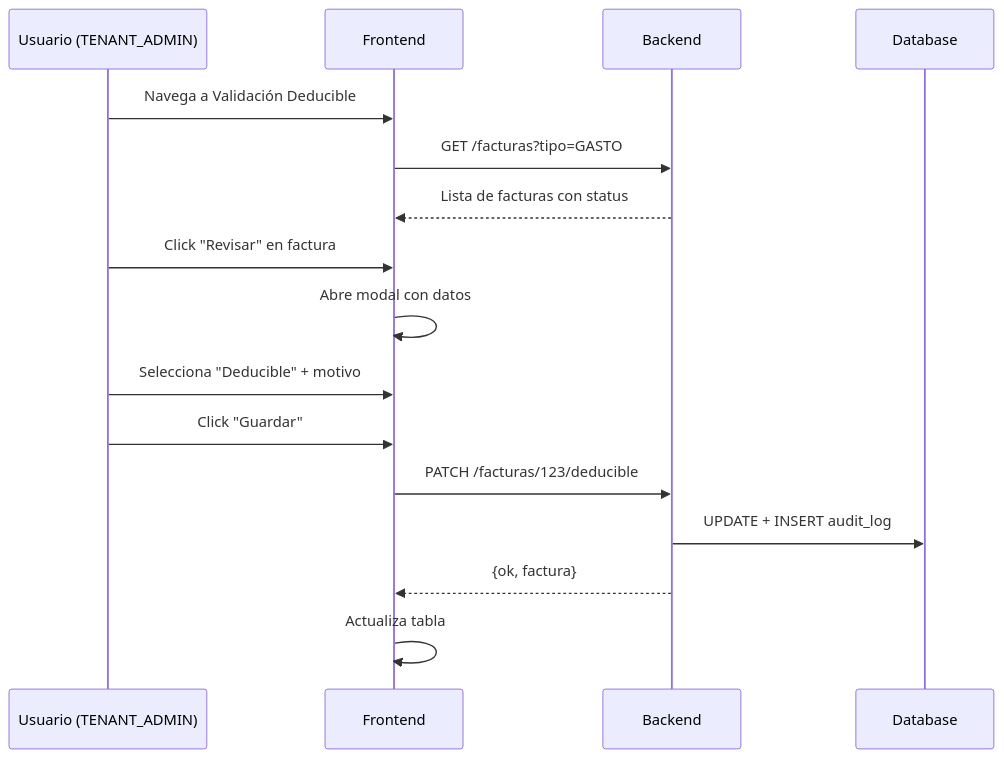
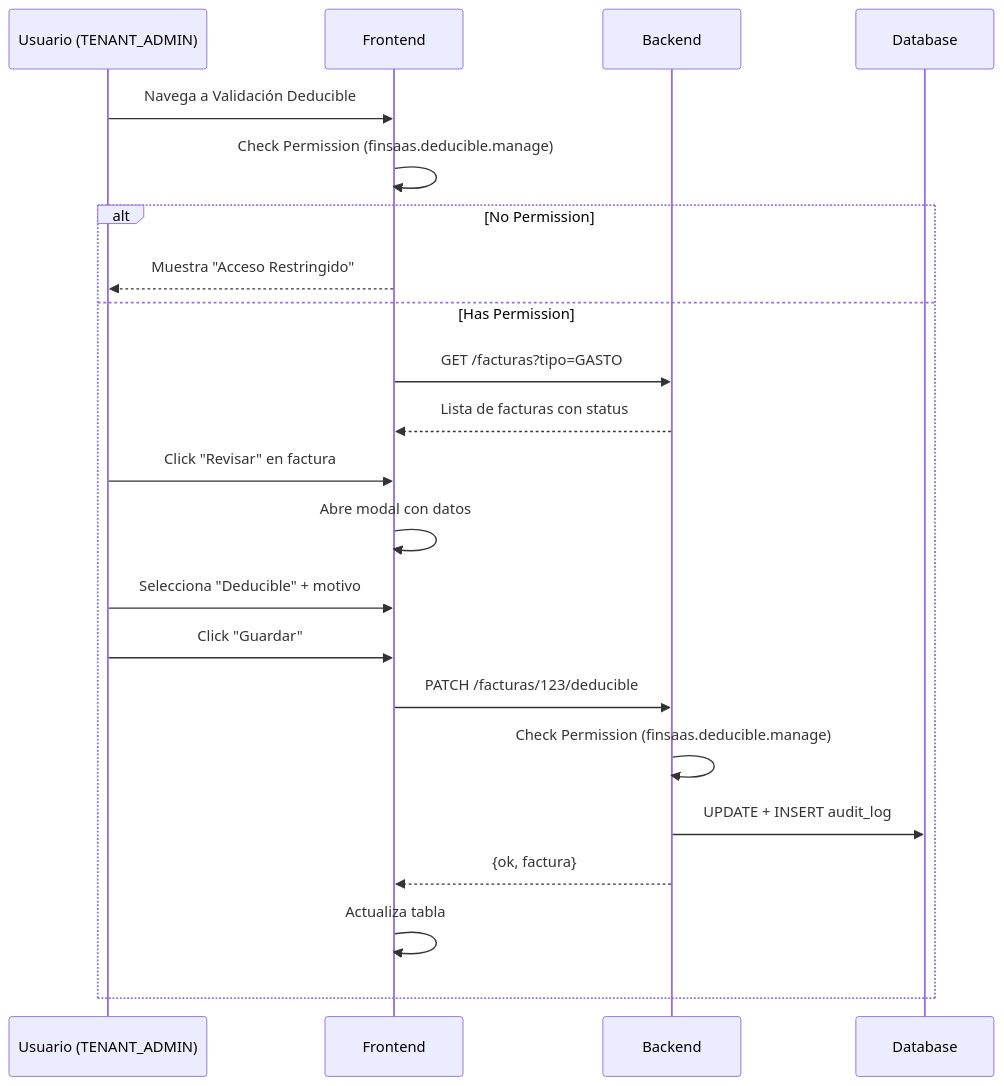
One commit to moreivar132/Versa-App changed the diagram in docs/modulos/validacion_deducible.md. Above: the diagram before and after it, drawn with Mermaid. The commit also changed other lines of this file and 19 other files, not shown here.

````diff
--- a/docs/modulos/validacion_deducible.md
+++ b/docs/modulos/validacion_deducible.md
@@ -117,19 +117,25 @@
 ```mermaid
 sequenceDiagram
     participant U as Usuario (TENANT_ADMIN)
     participant F as Frontend
     participant B as Backend
     participant DB as Database
 
     U->>F: Navega a Validación Deducible
-    F->>B: GET /facturas?tipo=GASTO
-    B-->>F: Lista de facturas con status
-    U->>F: Click "Revisar" en factura
-    F->>F: Abre modal con datos
-    U->>F: Selecciona "Deducible" + motivo
-    U->>F: Click "Guardar"
-    F->>B: PATCH /facturas/123/deducible
-    B->>DB: UPDATE + INSERT audit_log
-    B-->>F: {ok, factura}
-    F->>F: Actualiza tabla
+    F->>F: Check Permission (finsaas.deducible.manage)
+    alt No Permission
+        F-->>U: Muestra "Acceso Restringido"
+    else Has Permission
+        F->>B: GET /facturas?tipo=GASTO
+        B-->>F: Lista de facturas con status
+        U->>F: Click "Revisar" en factura
+        F->>F: Abre modal con datos
+        U->>F: Selecciona "Deducible" + motivo
+        U->>F: Click "Guardar"
+        F->>B: PATCH /facturas/123/deducible
+        B->>B: Check Permission (finsaas.deducible.manage)
+        B->>DB: UPDATE + INSERT audit_log
+        B-->>F: {ok, factura}
+        F->>F: Actualiza tabla
+    end
 ```
````
